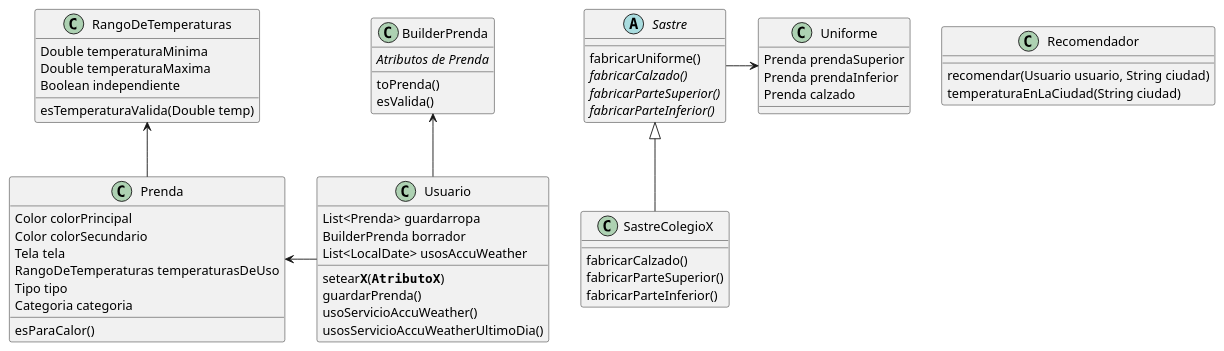
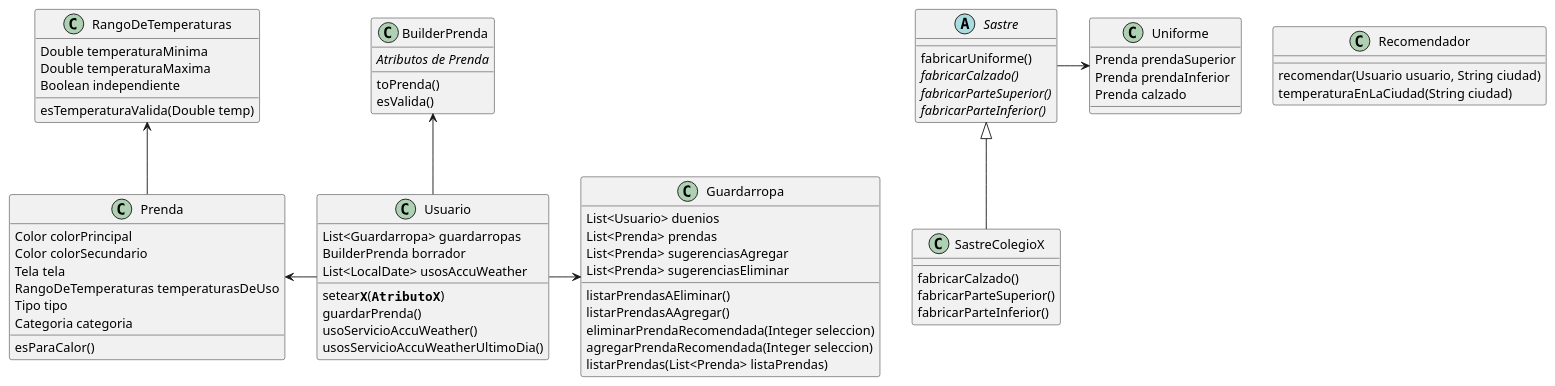
One commit to iancrespiok/QMP changed the diagram in DiagramaDeClases.puml. Above: the diagram before and after it, drawn with PlantUML. The commit also changed 1 other file, not shown here.

Commit message:
Modifico diagrama de clases

```diff
--- a/DiagramaDeClases.puml
+++ b/DiagramaDeClases.puml
@@ -1,67 +1,81 @@
 @startuml
 'https://plantuml.com/class-diagram
 
 class Prenda{
 Color colorPrincipal
 Color colorSecundario
 Tela tela
 RangoDeTemperaturas temperaturasDeUso
 Tipo tipo
 Categoria categoria
 esParaCalor()
 }
 
 class Usuario{
-List<Prenda> guardarropa
+List<Guardarropa> guardarropas
 BuilderPrenda borrador
 List<LocalDate> usosAccuWeather
 setear**""X""**(**""AtributoX""**)
 guardarPrenda()
 usoServicioAccuWeather()
 usosServicioAccuWeatherUltimoDia()
 }
 
 class Recomendador{
 recomendar(Usuario usuario, String ciudad)
 temperaturaEnLaCiudad(String ciudad)
 }
 
 abstract class Sastre{
 fabricarUniforme()
 //fabricarCalzado()//
 //fabricarParteSuperior()//
 //fabricarParteInferior()//
 }
 
 class SastreColegioX{
 fabricarCalzado()
 fabricarParteSuperior()
 fabricarParteInferior()
 }
 
 class Uniforme{
 Prenda prendaSuperior
 Prenda prendaInferior
 Prenda calzado
 }
 
 class BuilderPrenda{
 //Atributos de Prenda//
 toPrenda()
 esValida()
 }
 
 class RangoDeTemperaturas{
 Double temperaturaMinima
 Double temperaturaMaxima
 Boolean independiente
 esTemperaturaValida(Double temp)
 }
 
+class Guardarropa{
+  List<Usuario> duenios
+  List<Prenda> prendas
+  List<Prenda> sugerenciasAgregar
+  List<Prenda> sugerenciasEliminar
+  listarPrendasAEliminar()
+  listarPrendasAAgregar()
+  eliminarPrendaRecomendada(Integer seleccion)
+  agregarPrendaRecomendada(Integer seleccion)
+  listarPrendas(List<Prenda> listaPrendas)
+}
+
 SastreColegioX-u-|>Sastre
 Sastre->Uniforme
 Usuario-u->BuilderPrenda
 Usuario-l->Prenda
 Prenda-u->RangoDeTemperaturas
+Usuario->Guardarropa
+
 
 @enduml
```
